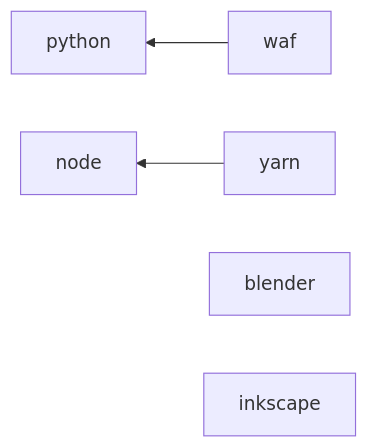
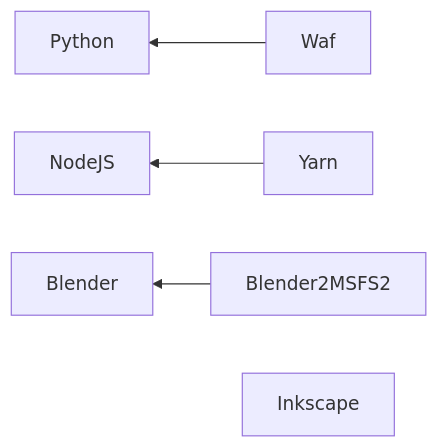
Before and after one commit to leevick/Ilyushin-96-300: the diagram in README.md, drawn with Mermaid. The commit also changed other lines of this file, not shown here.

````diff
--- a/README.md
+++ b/README.md
@@ -19,7 +20,7 @@
 ```mermaid
 graph RL
-waf --> python
-yarn --> node
-blender
-inkscape
+Waf --> Python
+Yarn --> NodeJS
+Blender2MSFS2 --> Blender
+Inkscape
 ```
````
